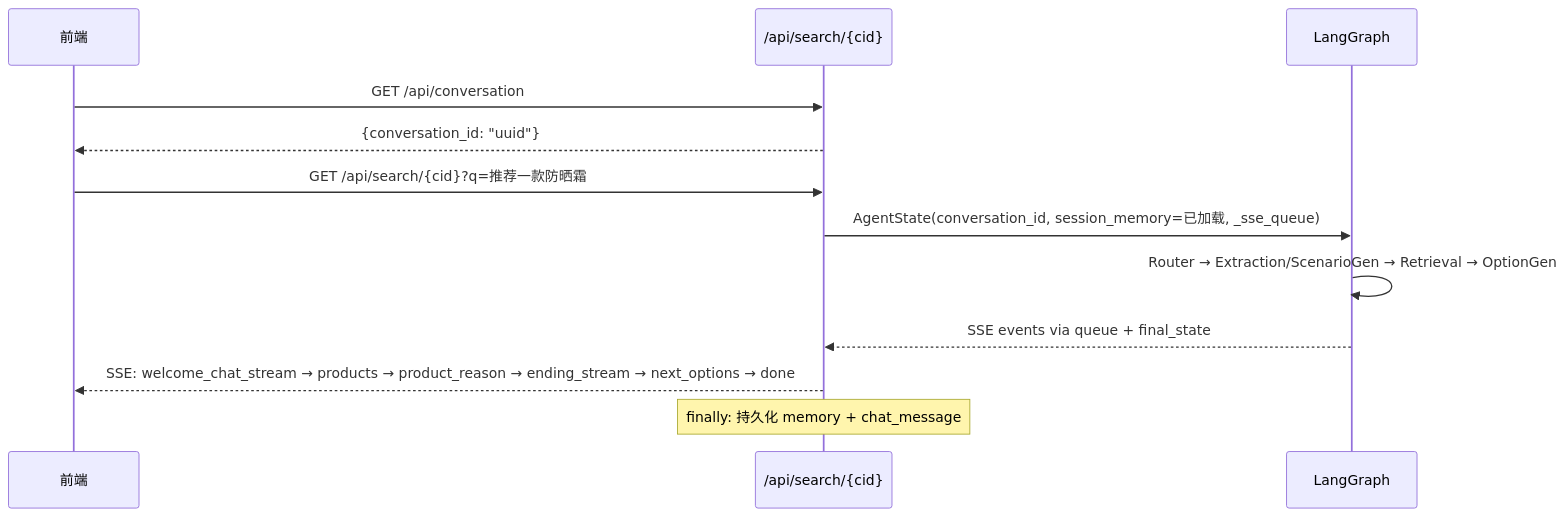
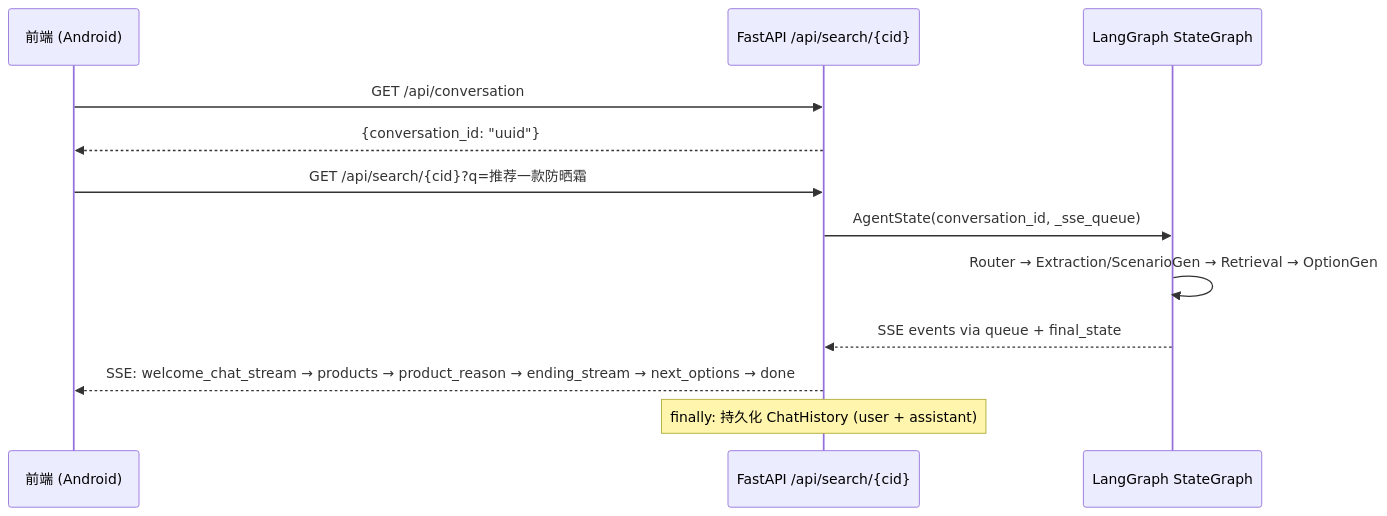
Before and after one commit to Crystalzhouby/AuraCart: the second of 2 diagrams in docs/backend/SPEC.md, drawn with Mermaid. The commit also changed other lines of this file and 31 other files, not shown here.

````diff
--- a/docs/backend/SPEC.md
+++ b/docs/backend/SPEC.md
@@ -831,16 +863,16 @@
 ```mermaid
 sequenceDiagram
-    participant FE as 前端
-    participant API as /api/search/{cid}
-    participant Graph as LangGraph
+    participant FE as 前端 (Android)
+    participant API as FastAPI /api/search/{cid}
+    participant Graph as LangGraph StateGraph
 
     FE->>API: GET /api/conversation
     API-->>FE: {conversation_id: "uuid"}
 
     FE->>API: GET /api/search/{cid}?q=推荐一款防晒霜
-    API->>Graph: AgentState(conversation_id, session_memory=已加载, _sse_queue)
+    API->>Graph: AgentState(conversation_id, _sse_queue)
     Graph->>Graph: Router → Extraction/ScenarioGen → Retrieval → OptionGen
     Graph-->>API: SSE events via queue + final_state
     API-->>FE: SSE: welcome_chat_stream → products → product_reason → ending_stream → next_options → done
-    Note over API: finally: 持久化 memory + chat_message
+    Note over API: finally: 持久化 ChatHistory (user + assistant)
 ```
````
